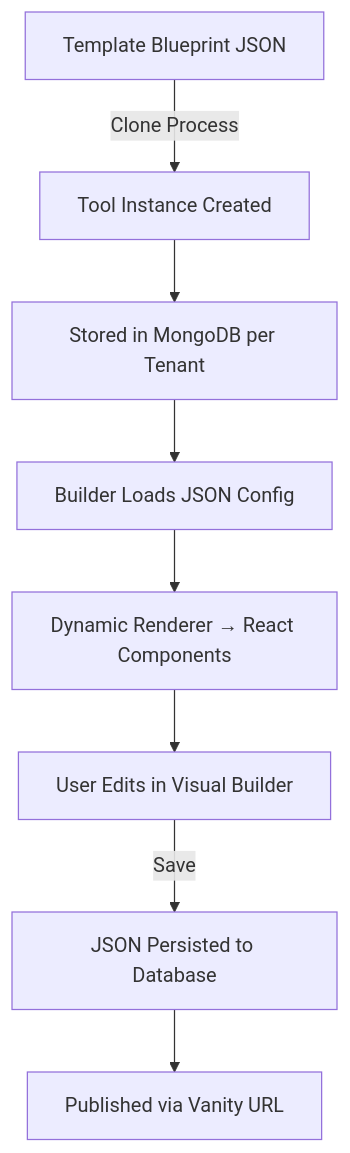
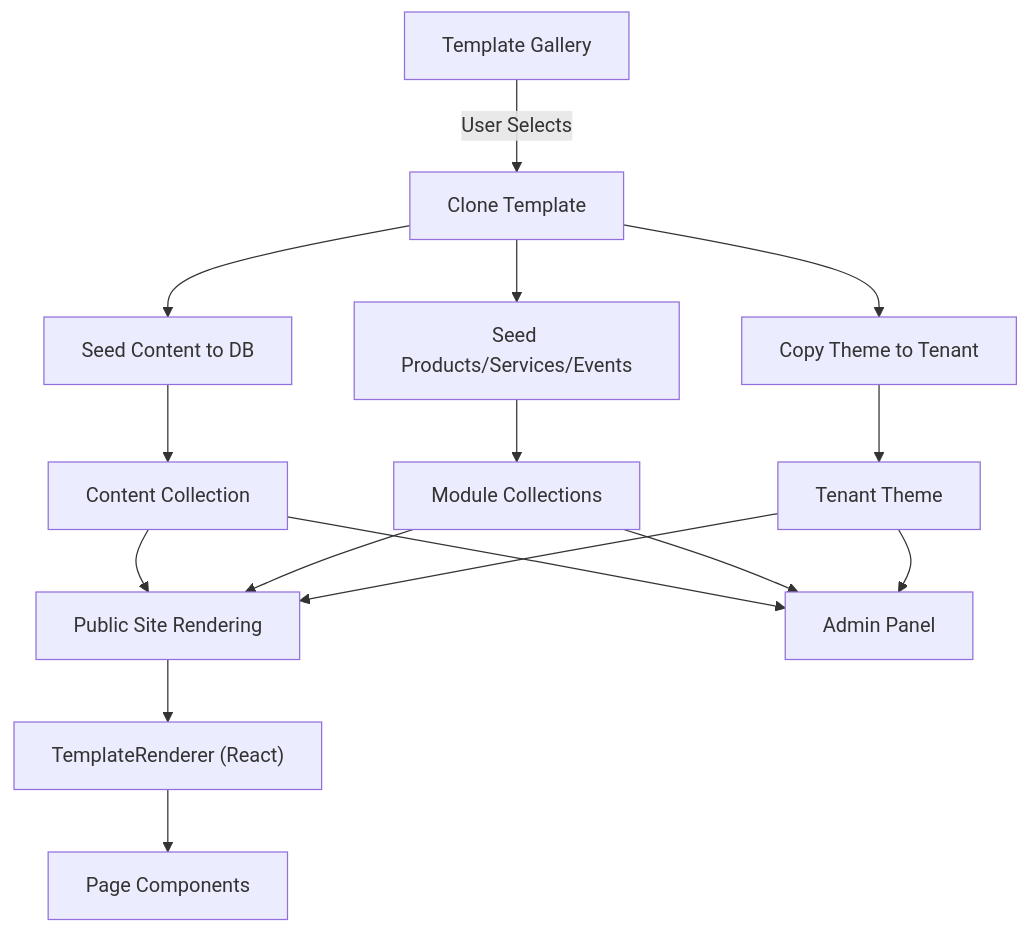
The diagram in README.md (MohammedAnsari123/Micro-SaaS-Builder-Platform), drawn with Mermaid before and after one commit. The commit also changed other lines of this file and 102 other files, not shown here.

````diff
--- a/README.md
+++ b/README.md
@@ -65,10 +63,18 @@
 ```mermaid
 graph TD
-    A[Template Blueprint JSON] -->|Clone Process| B[Tool Instance Created]
-    B --> C[Stored in MongoDB per Tenant]
-    C --> D[Builder Loads JSON Config]
-    D --> E[Dynamic Renderer → React Components]
-    E --> F[User Edits in Visual Builder]
-    F -->|Save| G[JSON Persisted to Database]
-    G --> H[Published via Vanity URL]
+    A[Template Gallery] -->|User Selects| B[Clone Template]
+    B --> C[Seed Content to DB]
+    B --> D[Seed Products/Services/Events]
+    B --> E[Copy Theme to Tenant]
+    C --> F[Content Collection]
+    D --> G[Module Collections]
+    E --> H[Tenant Theme]
+    F --> I[Public Site Rendering]
+    G --> I
+    H --> I
+    I --> J["TemplateRenderer (React)"]
+    J --> K[Page Components]
+    F --> L[Admin Panel]
+    G --> L
+    H --> L
 ```
````
